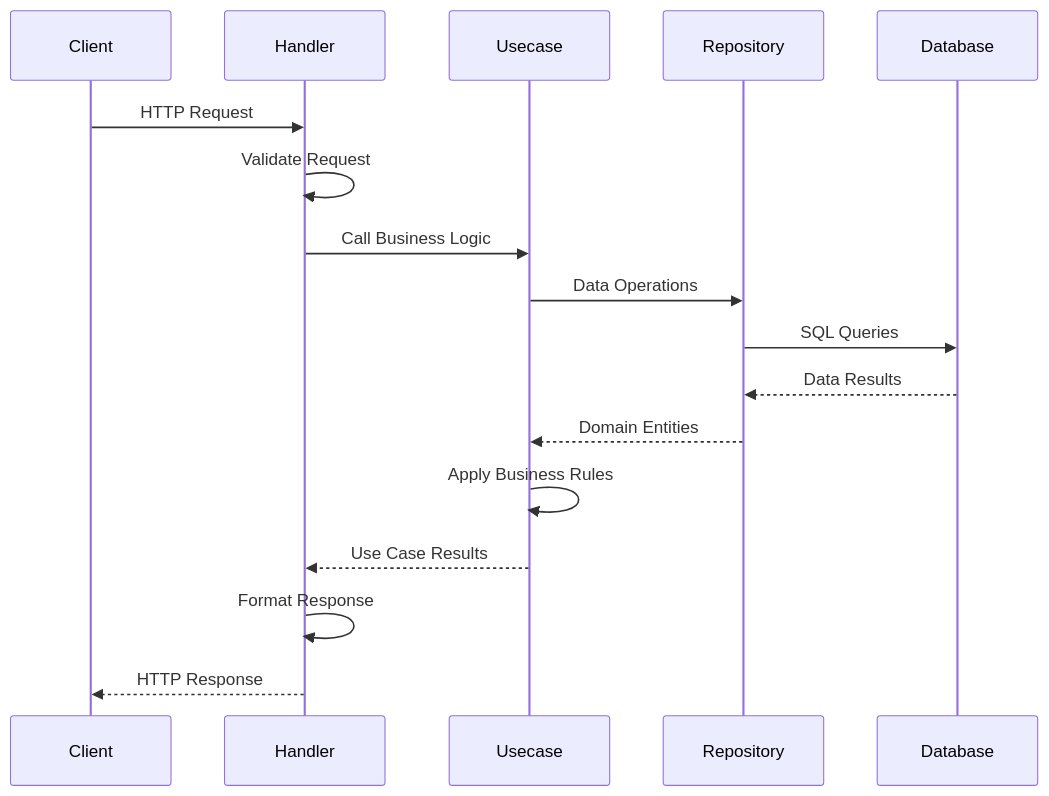
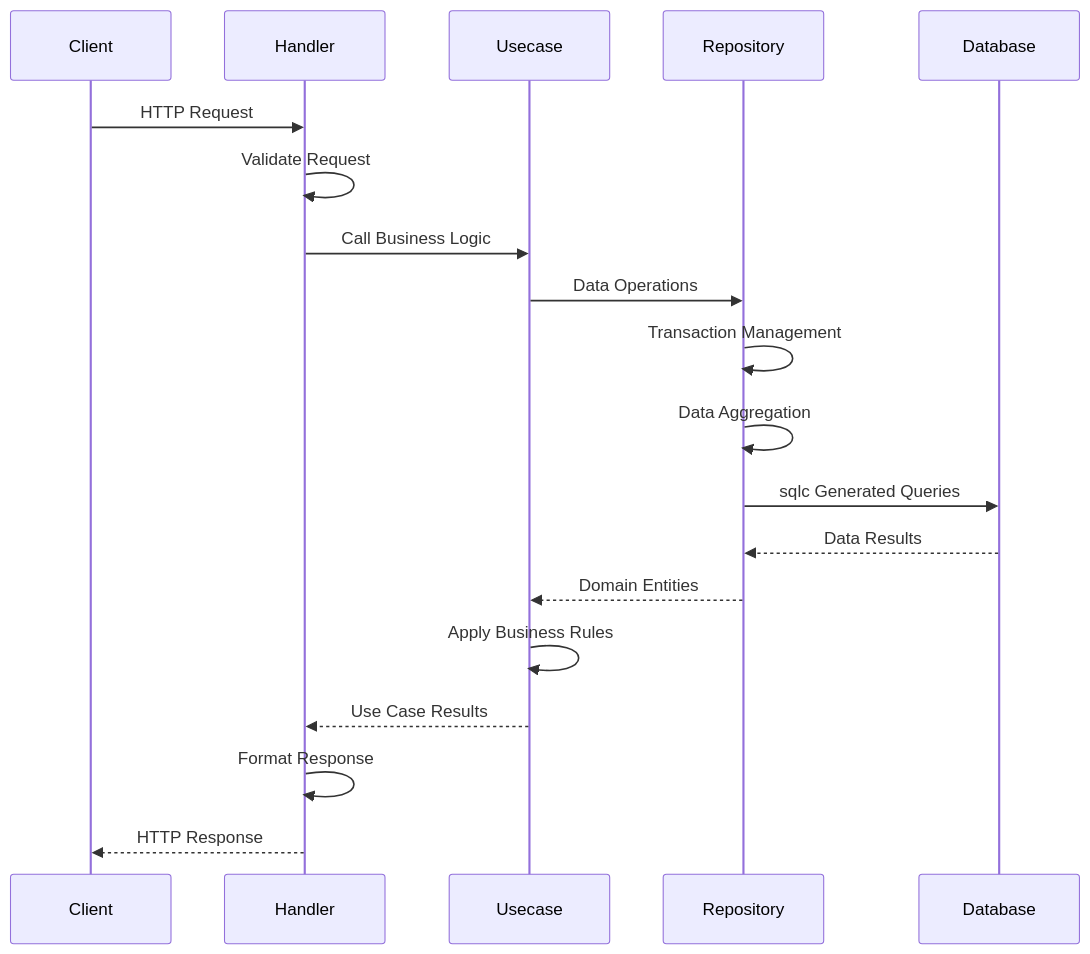
One commit to zercle/gofiber-skeleton changed the second of 8 diagrams in .agents/rules/memory-bank/architecture.md. Above: the diagram before and after it, drawn with Mermaid. The commit also changed other lines of this file and 3 other files, not shown here.

First line of the commit message:
feat(architecture): implement sqlc data access layer with transaction management

````diff
--- a/.agents/rules/memory-bank/architecture.md
+++ b/.agents/rules/memory-bank/architecture.md
@@ -90,20 +90,22 @@
 ```mermaid
 sequenceDiagram
     participant Client
     participant Handler
     participant Usecase
     participant Repository
     participant Database
     
     Client->>Handler: HTTP Request
     Handler->>Handler: Validate Request
     Handler->>Usecase: Call Business Logic
     Usecase->>Repository: Data Operations
-    Repository->>Database: SQL Queries
+    Repository->>Repository: Transaction Management
+    Repository->>Repository: Data Aggregation
+    Repository->>Database: sqlc Generated Queries
     Database-->>Repository: Data Results
     Repository-->>Usecase: Domain Entities
     Usecase->>Usecase: Apply Business Rules
     Usecase-->>Handler: Use Case Results
     Handler->>Handler: Format Response
     Handler-->>Client: HTTP Response
 ```
````
